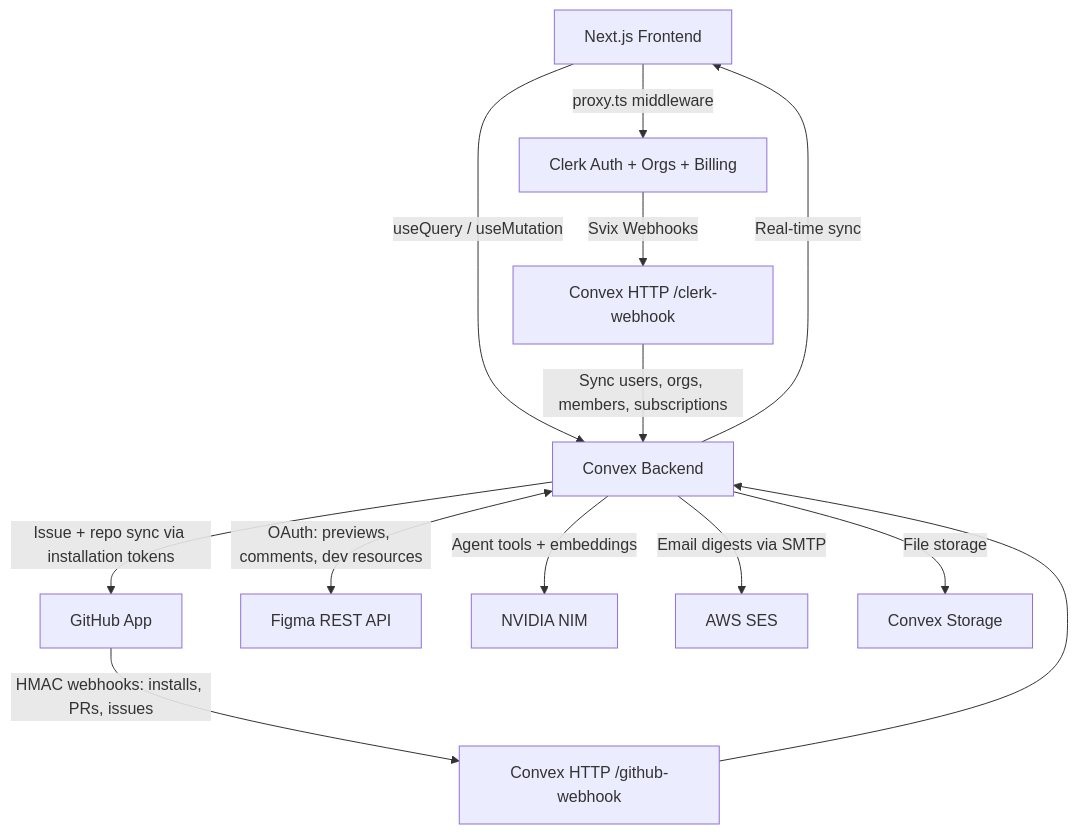
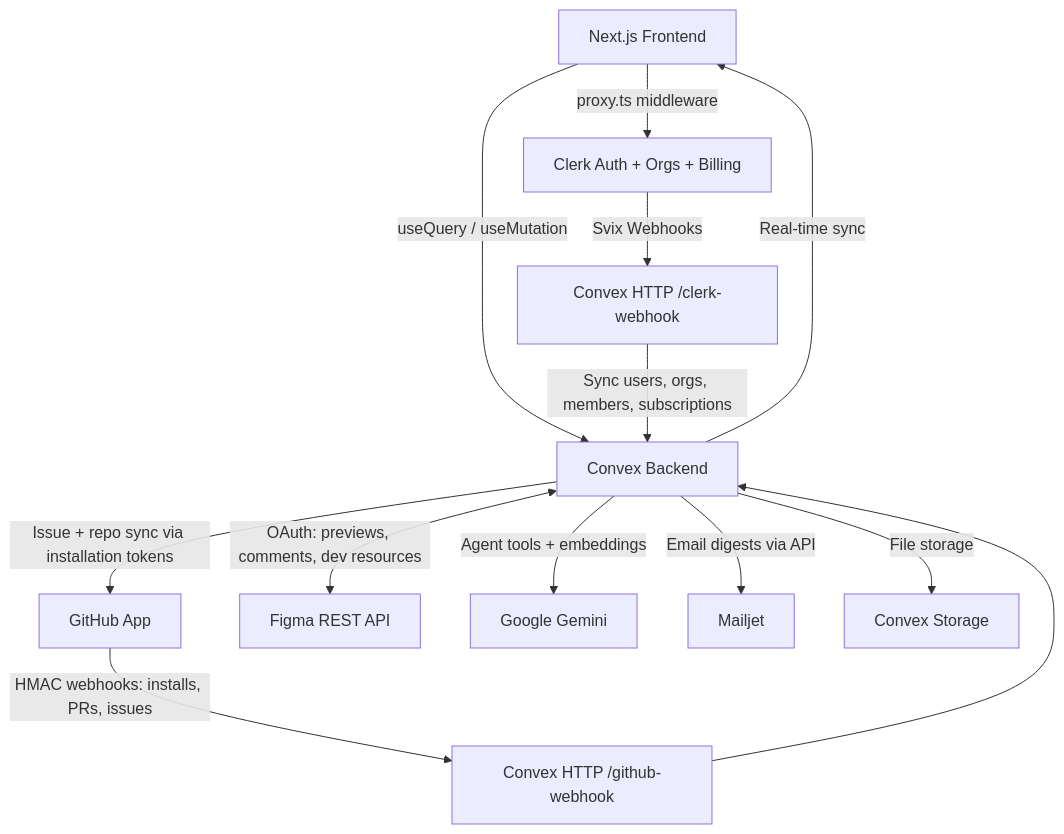
Before and after one commit to PAMA-Ltd/meherah: the diagram in .github/README.md, drawn with Mermaid. The commit also changed other lines of this file, not shown here.

Commit message:
docs: refresh architecture for Gemini Mailjet and MCP

````diff
--- a/.github/README.md
+++ b/.github/README.md
@@ -94,15 +94,15 @@
 ```mermaid
 flowchart TB
     Browser[Next.js Frontend] -->|"useQuery / useMutation"| Convex[Convex Backend]
     Convex -->|"Real-time sync"| Browser
     Clerk[Clerk Auth + Orgs + Billing] -->|"Svix Webhooks"| ConvexHTTP["Convex HTTP /clerk-webhook"]
     ConvexHTTP -->|"Sync users, orgs, members, subscriptions"| Convex
     GitHub[GitHub App] -->|"HMAC webhooks: installs, PRs, issues"| GHHTTP["Convex HTTP /github-webhook"]
     GHHTTP --> Convex
     Convex -->|"Issue + repo sync via installation tokens"| GitHub
     Convex <-->|"OAuth: previews, comments, dev resources"| Figma[Figma REST API]
-    Convex -->|"Agent tools + embeddings"| NVIDIA[NVIDIA NIM]
-    Convex -->|"Email digests via SMTP"| SES[AWS SES]
+    Convex -->|"Agent tools + embeddings"| Gemini[Google Gemini]
+    Convex -->|"Email digests via API"| Mailjet[Mailjet]
     Convex -->|"File storage"| Storage[Convex Storage]
     Browser -->|"proxy.ts middleware"| Clerk
 ```
````
